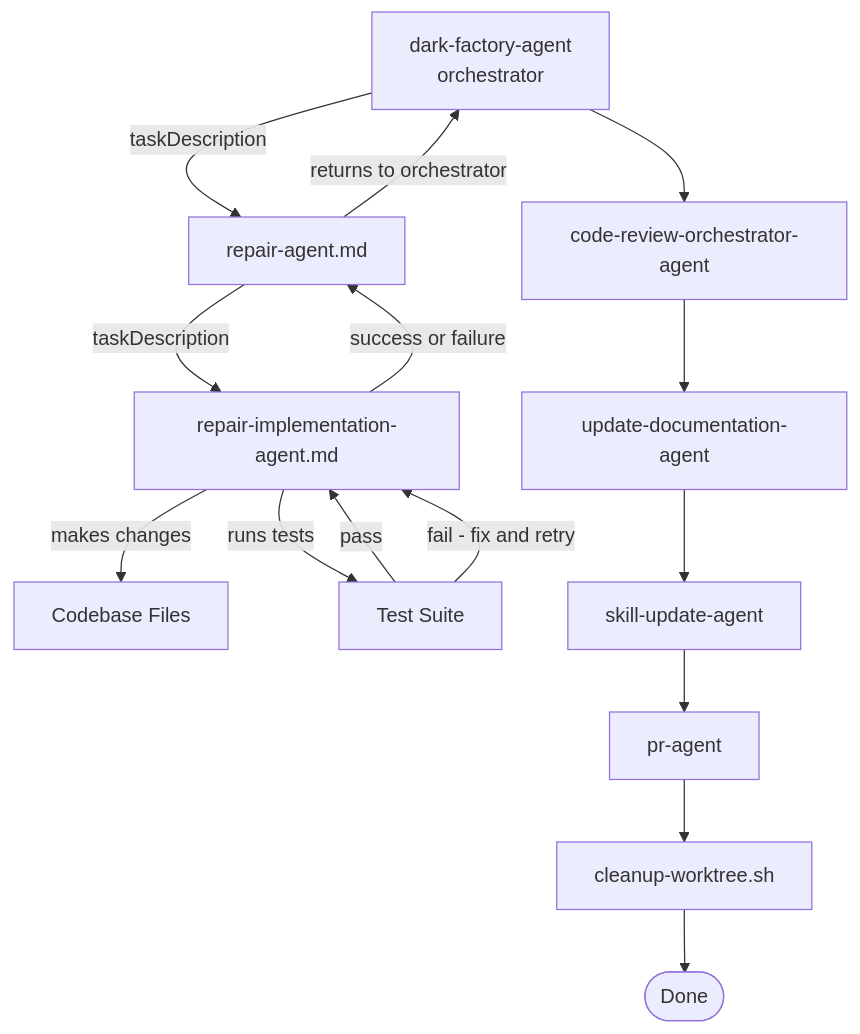
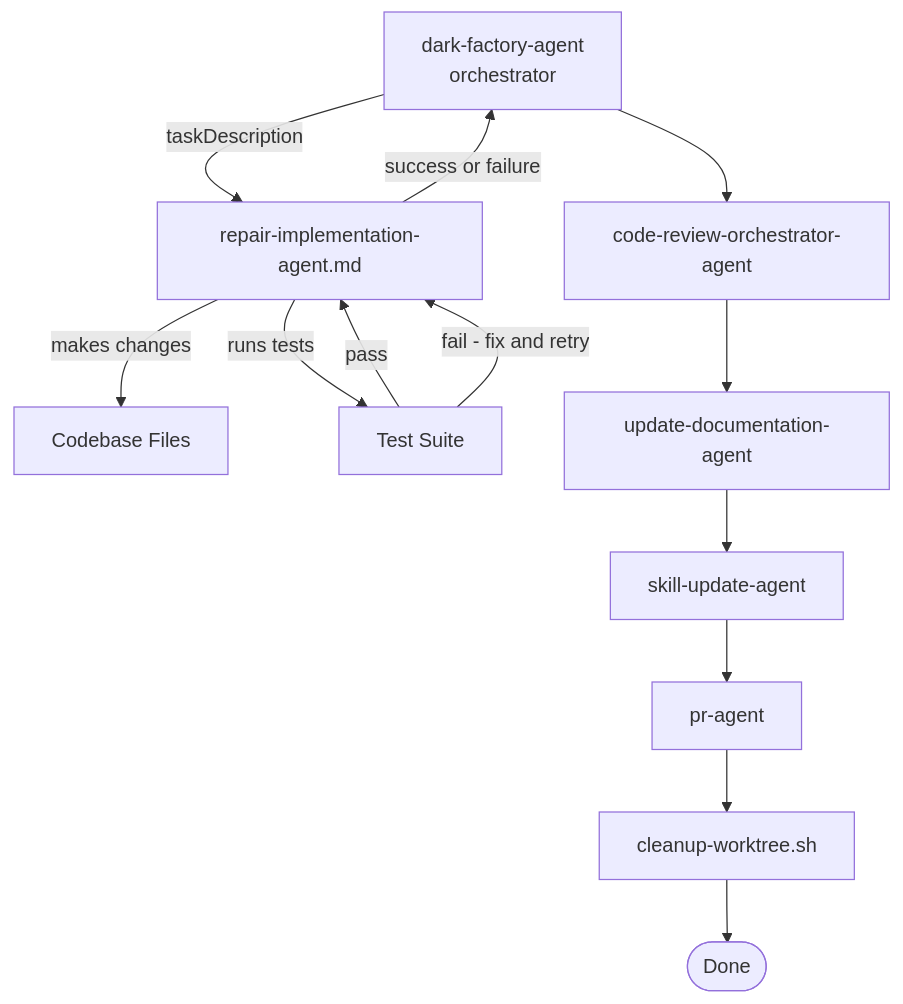
One commit to lewibs/dark-factory changed the diagram in docs/docs/repair.md. Above: the diagram before and after it, drawn with Mermaid. The commit also changed other lines of this file and 10 other files, not shown here.

First line of the commit message:
refactor(dark-factory-agent): remove repair-agent pass-through, route directly to repair-implementation-agent

````diff
--- a/docs/docs/repair.md
+++ b/docs/docs/repair.md
@@ -13,17 +13,15 @@
 ```mermaid
 flowchart TD
-  DFA[dark-factory-agent\norchestrator] -->|taskDescription| RA[repair-agent.md]
-  RA -->|taskDescription| RIA[repair-implementation-agent.md]
+  DFA[dark-factory-agent\norchestrator] -->|taskDescription| RIA[repair-implementation-agent.md]
   RIA -->|makes changes| CODE[Codebase Files]
   RIA -->|runs tests| TESTS[Test Suite]
   TESTS -->|pass| RIA
   TESTS -->|fail - fix and retry| RIA
-  RIA -->|success or failure| RA
-  RA -->|returns to orchestrator| DFA
+  RIA -->|success or failure| DFA
   DFA --> CRO[code-review-orchestrator-agent]
   CRO --> UDA[update-documentation-agent]
   UDA --> SUA[skill-update-agent]
   SUA --> PRA[pr-agent]
   PRA --> Cleanup[cleanup-worktree.sh]
   Cleanup --> Done([Done])
 ```
````
